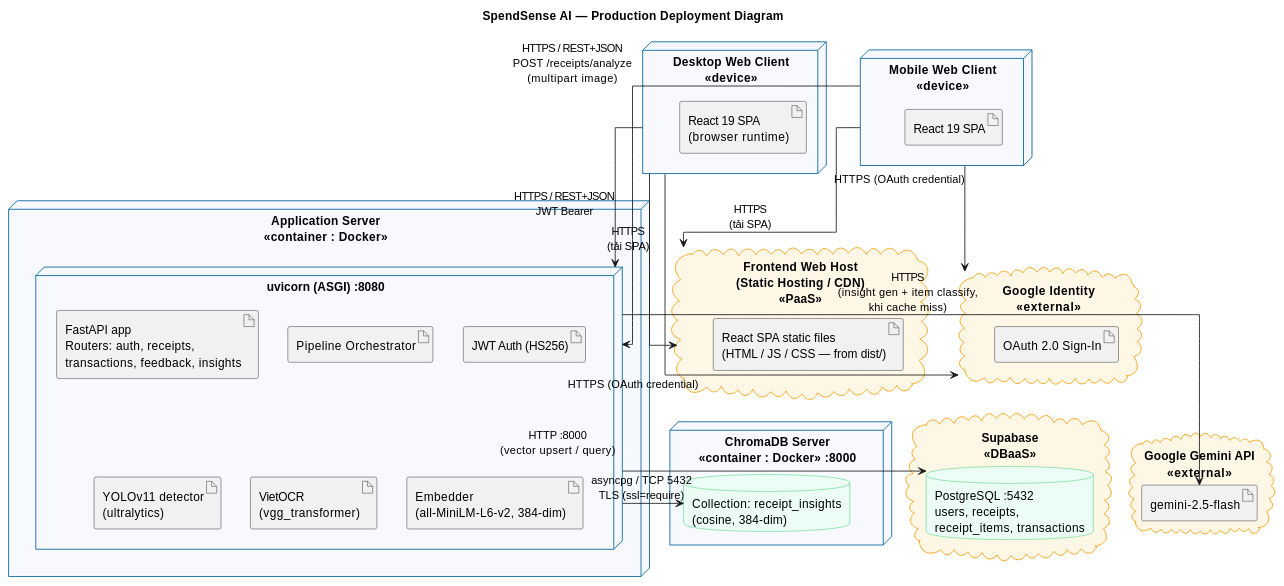
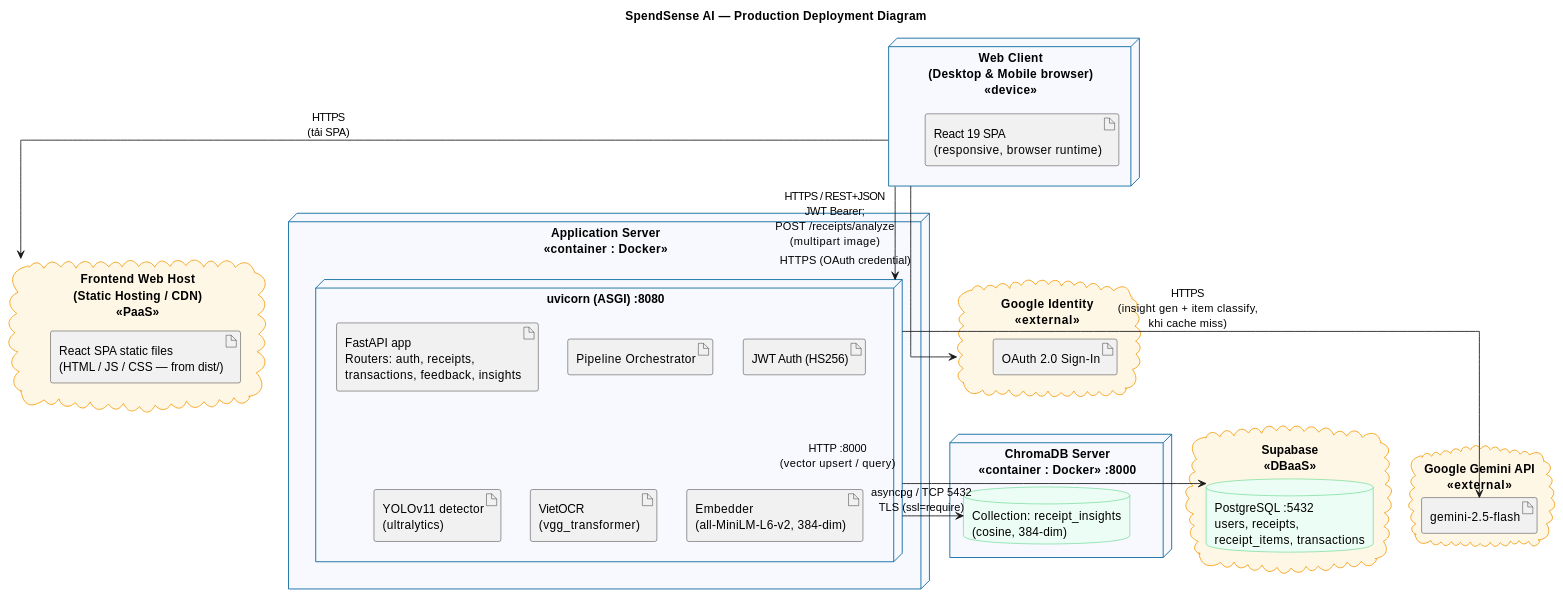
One commit to quanpro147/Spend-Sense-AI changed the diagram in docs/deployment.md. Above: the diagram before and after it, drawn with PlantUML. The commit also changed other lines of this file, not shown here.

Commit message:
docs: merge Desktop/Mobile web client into single Web Client node
The two client nodes ran the identical React 19 SPA with the same
protocols (HTTPS/REST+JSON, JWT, OAuth) — separate nodes were pure
redundancy since there is no native app. Collapsed into one responsive
Web Client node in the PlantUML block, node table (S3) and intro (S1).
Diagram now has 7 nodes instead of 8.

````diff
--- a/docs/deployment.md
+++ b/docs/deployment.md
@@ -34,79 +34,72 @@
 ```plantuml
 @startuml SpendSense_Deployment
 title SpendSense AI — Production Deployment Diagram
 
 skinparam shadowing false
 skinparam linetype ortho
 skinparam node {
   BackgroundColor #F7F9FF
   BorderColor #00639A
 }
 skinparam cloud {
   BackgroundColor #FFF7E6
   BorderColor #F59E0B
 }
 skinparam database {
   BackgroundColor #ECFDF5
   BorderColor #22C55E
 }
 
 ' ===================== CLIENT TIER =====================
-node "Desktop Web Client\n<<device>>" as Desktop {
-  artifact "React 19 SPA\n(browser runtime)" as DesktopSPA
-}
-
-node "Mobile Web Client\n<<device>>" as Mobile {
-  artifact "React 19 SPA" as MobileSPA
+node "Web Client\n(Desktop & Mobile browser)\n<<device>>" as Client {
+  artifact "React 19 SPA\n(responsive, browser runtime)" as ClientSPA
 }
 
 ' ===================== PRESENTATION HOST =====================
 cloud "Frontend Web Host\n(Static Hosting / CDN)\n<<PaaS>>" as CDN {
   artifact "React SPA static files\n(HTML / JS / CSS — from dist/)" as SPABuild
 }
 
 ' ===================== APPLICATION TIER =====================
 node "Application Server\n<<container : Docker>>" as AppServer {
   node "uvicorn (ASGI) :8080" as Uvicorn {
     artifact "FastAPI app\nRouters: auth, receipts,\ntransactions, feedback, insights" as FastAPI
     artifact "Pipeline Orchestrator" as Pipeline
     artifact "JWT Auth (HS256)" as JWT
     artifact "YOLOv11 detector\n(ultralytics)" as YOLO
     artifact "VietOCR\n(vgg_transformer)" as OCR
     artifact "Embedder\n(all-MiniLM-L6-v2, 384-dim)" as Embedder
   }
 }
 
 ' ===================== DATA TIER =====================
 node "ChromaDB Server\n<<container : Docker>> :8000" as Chroma {
   database "Collection: receipt_insights\n(cosine, 384-dim)" as ChromaDB
 }
 
 cloud "Supabase\n<<DBaaS>>" as Supabase {
   database "PostgreSQL :5432\nusers, receipts,\nreceipt_items, transactions" as Postgres
 }
 
 ' ===================== EXTERNAL SERVICES =====================
 cloud "Google Gemini API\n<<external>>" as Gemini {
   artifact "gemini-2.5-flash" as GeminiModel
 }
 
 cloud "Google Identity\n<<external>>" as Google {
   artifact "OAuth 2.0 Sign-In" as OAuth
 }
 
 ' ===================== LINKS =====================
-Desktop --> CDN  : HTTPS\n(tải SPA)
-Mobile  --> CDN  : HTTPS\n(tải SPA)
+Client --> CDN  : HTTPS\n(tải SPA)
 
-Desktop --> Uvicorn : HTTPS / REST+JSON\nJWT Bearer
-Mobile  --> Uvicorn : HTTPS / REST+JSON\nPOST /receipts/analyze\n(multipart image)
+Client --> Uvicorn : HTTPS / REST+JSON\nJWT Bearer;\nPOST /receipts/analyze\n(multipart image)
 
-Desktop --> Google : HTTPS (OAuth credential)
-Mobile  --> Google : HTTPS (OAuth credential)
+Client --> Google : HTTPS (OAuth credential)
 
 Uvicorn --> Postgres   : asyncpg / TCP 5432\nTLS (ssl=require)
 Uvicorn --> ChromaDB   : HTTP :8000\n(vector upsert / query)
 Uvicorn --> GeminiModel : HTTPS\n(insight gen + item classify,\nkhi cache miss)
 
 @enduml
 ```
````
